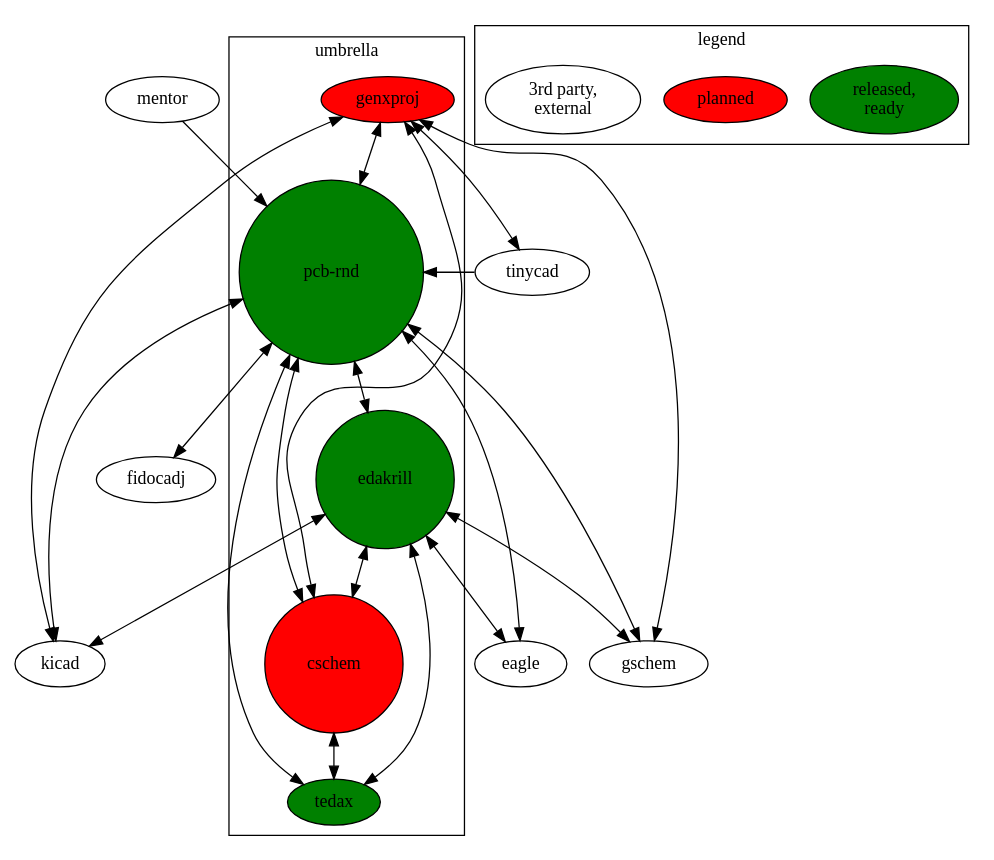
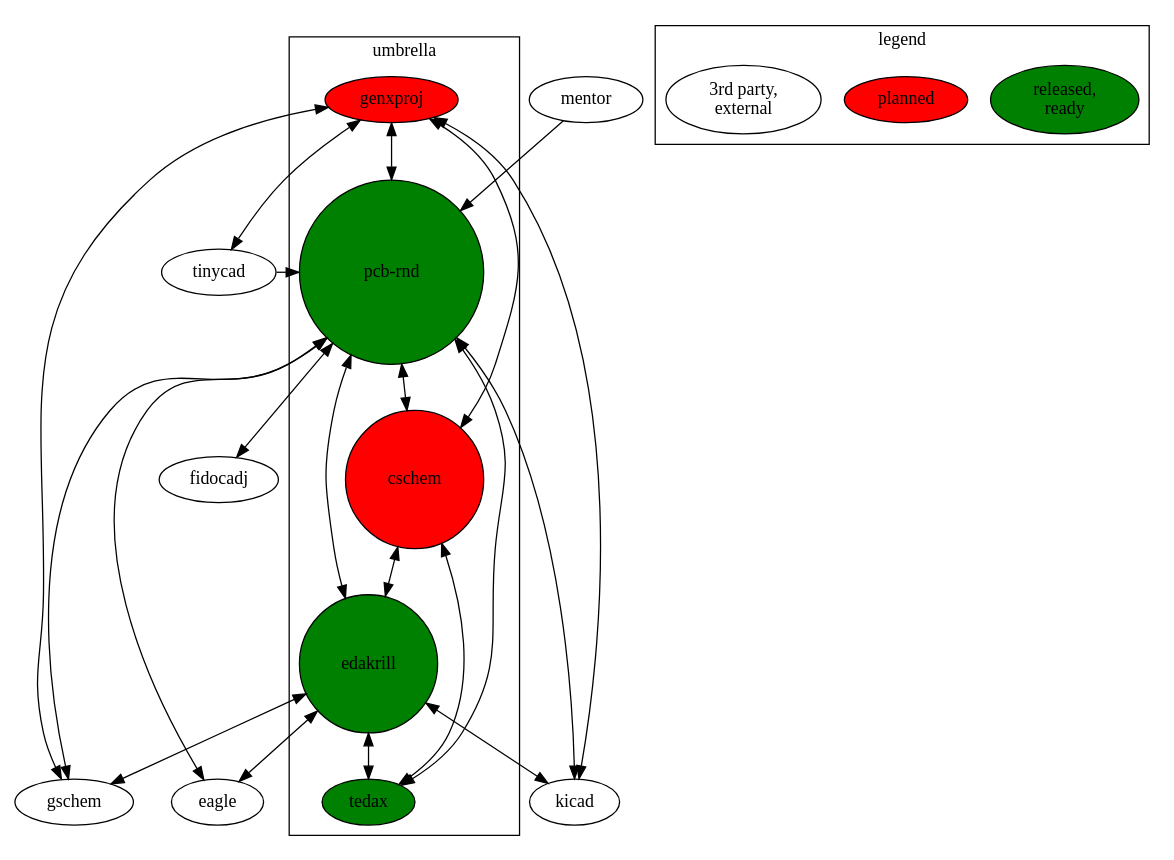
The diagram in doc/devlog/20170405/umbrella.dot (NoSuchProcess/pcb-rnd), drawn with Graphviz before and after one commit. The commit also changed 1 other file, not shown here.

```diff
--- a/doc/devlog/20170405/umbrella.dot
+++ b/doc/devlog/20170405/umbrella.dot
@@ -1,49 +1,50 @@
 digraph g {
 
 
 	subgraph cluster_1 {
 		label="umbrella"
 		pcbrnd  [style=filled fillcolor=green label="pcb-rnd" height=2 width=2]
 		edakrill [style=filled fillcolor=green height=1.5 width=1.5]
 		tedax    [style=filled fillcolor=green]
 		cschem   [style=filled fillcolor=red height=1.5 width=1.5]
 		genxproj [style=filled fillcolor=red]
 	}
 
 	subgraph cluster_2 {
 		label="legend"
 		l1  [style=filled fillcolor=green label="released,\nready"]
 		l2  [style=filled fillcolor=red label="planned"]
 		l3  [label="3rd party,\nexternal"]
 	}
 
 
-	pcbrnd -> edakrill [dir=both weigth=10]
-	pcbrnd -> cschem [dir=both weigth=10]
-	pcbrnd -> tedax [dir=both weigth=10]
-	genxproj -> pcbrnd [dir=both]
-	genxproj -> cschem [dir=both]
-	cschem -> tedax [dir=both weigth=10]
+	pcbrnd -> edakrill [dir=both weigth=100]
+	pcbrnd -> cschem [dir=both weigth=100]
+	pcbrnd -> tedax [dir=both weigth=100]
+	genxproj -> pcbrnd [dir=both weight=50]
+	genxproj -> cschem [dir=both weight=50]
+	cschem -> tedax [dir=both weigth=100]
 
-	edakrill -> tedax [dir=both]
-	edakrill -> cschem [dir=both]
+	cschem -> edakrill [dir=both]
+
+	edakrill -> tedax [dir=both weight=50]
 
 
 	pcbrnd -> kicad [dir=both]
 	genxproj -> kicad [dir=both]
 	edakrill -> kicad [dir=both]
 
 	pcbrnd -> gschem [dir=both]
 	genxproj -> gschem [dir=both]
 	edakrill -> gschem [dir=both]
 
 	pcbrnd -> eagle [dir=both]
 	edakrill -> eagle [dir=both]
 
 	tinycad -> pcbrnd
 	genxproj -> tinycad [dir=both]
 
 	mentor -> pcbrnd
 	pcbrnd -> fidocadj [dir=both]
 
 }
```
